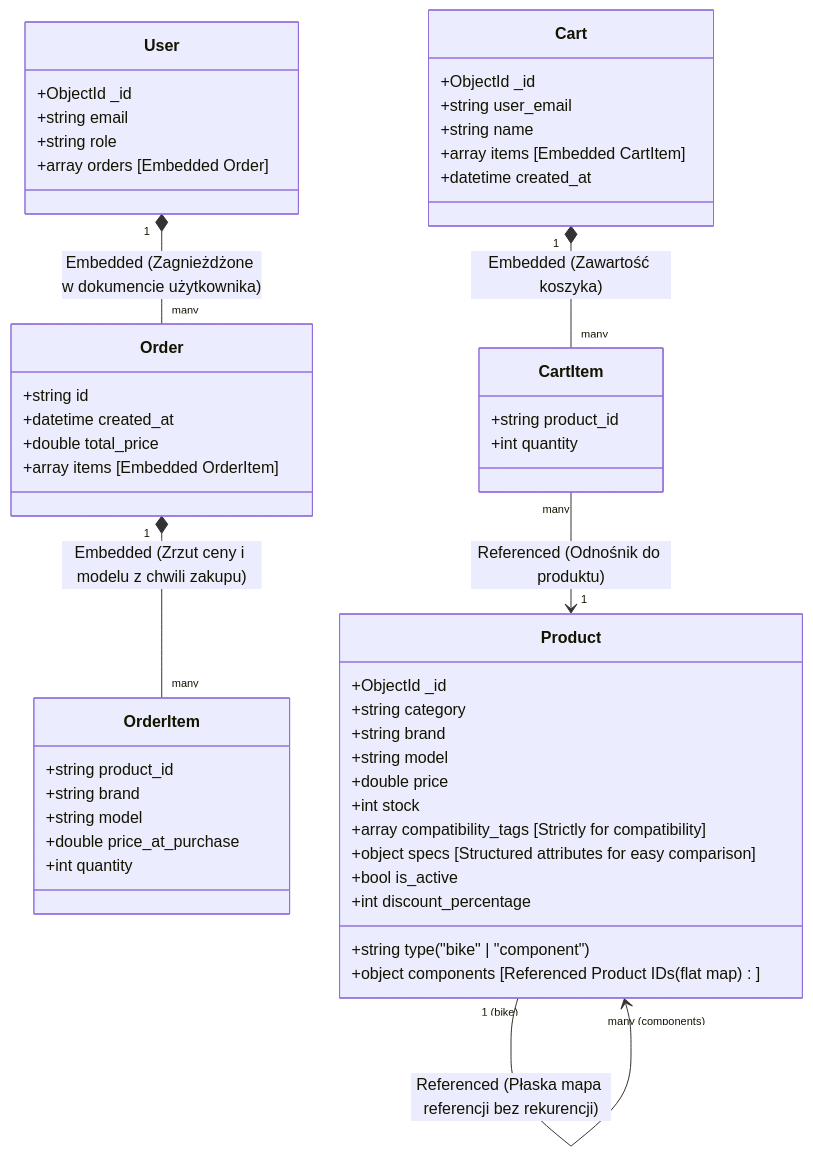
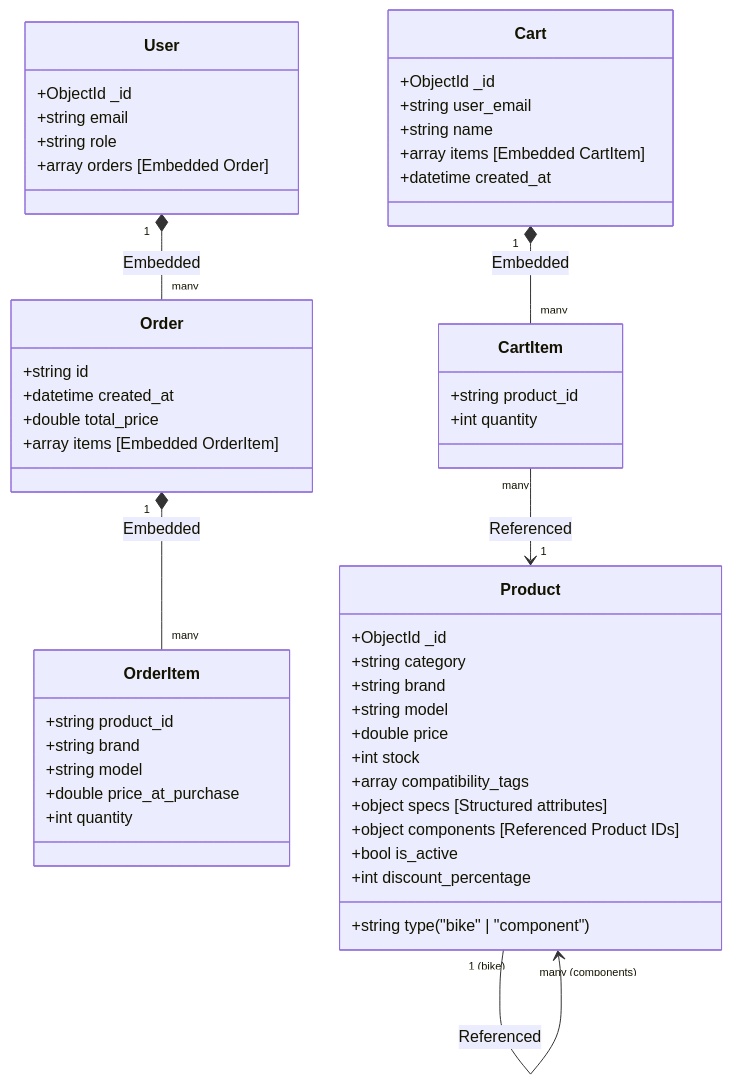
Before and after one commit to DomSzel/sklep_rowerowy_nosql: the diagram in diagram.md, drawn with Mermaid. The commit also changed other lines of this file, not shown here.

Commit message:
diagram added

````diff
--- a/diagram.md
+++ b/diagram.md
@@ -5,58 +1,58 @@
 ```mermaid
 classDiagram
     class User {
         +ObjectId _id
         +string email
         +string role
         +array orders [Embedded Order]
     }
 
     class Order {
         +string id
         +datetime created_at
         +double total_price
         +array items [Embedded OrderItem]
     }
 
     class OrderItem {
         +string product_id
         +string brand
         +string model
         +double price_at_purchase
         +int quantity
     }
 
     class Product {
         +ObjectId _id
         +string type ("bike" | "component")
         +string category
         +string brand
         +string model
         +double price
         +int stock
-        +array compatibility_tags [Strictly for compatibility]
-        +object specs [Structured attributes for easy comparison]
-        +object components [Referenced Product IDs (flat map)]
+        +array compatibility_tags
+        +object specs [Structured attributes]
+        +object components [Referenced Product IDs]
         +bool is_active
         +int discount_percentage
     }
 
     class Cart {
         +ObjectId _id
         +string user_email
         +string name
         +array items [Embedded CartItem]
         +datetime created_at
     }
 
     class CartItem {
         +string product_id
         +int quantity
     }
 
-    User "1" *-- "many" Order : Embedded (Zagnieżdżone w dokumencie użytkownika)
-    Order "1" *-- "many" OrderItem : Embedded (Zrzut ceny i modelu z chwili zakupu)
-    Cart "1" *-- "many" CartItem : Embedded (Zawartość koszyka)
-    CartItem "many" --> "1" Product : Referenced (Odnośnik do produktu)
-    Product "1 (bike)" --> "many (components)" Product : Referenced (Płaska mapa referencji bez rekurencji)
+    User "1" *-- "many" Order : Embedded
+    Order "1" *-- "many" OrderItem : Embedded
+    Cart "1" *-- "many" CartItem : Embedded
+    CartItem "many" --> "1" Product : Referenced
+    Product "1 (bike)" --> "many (components)" Product : Referenced
 ```
````
